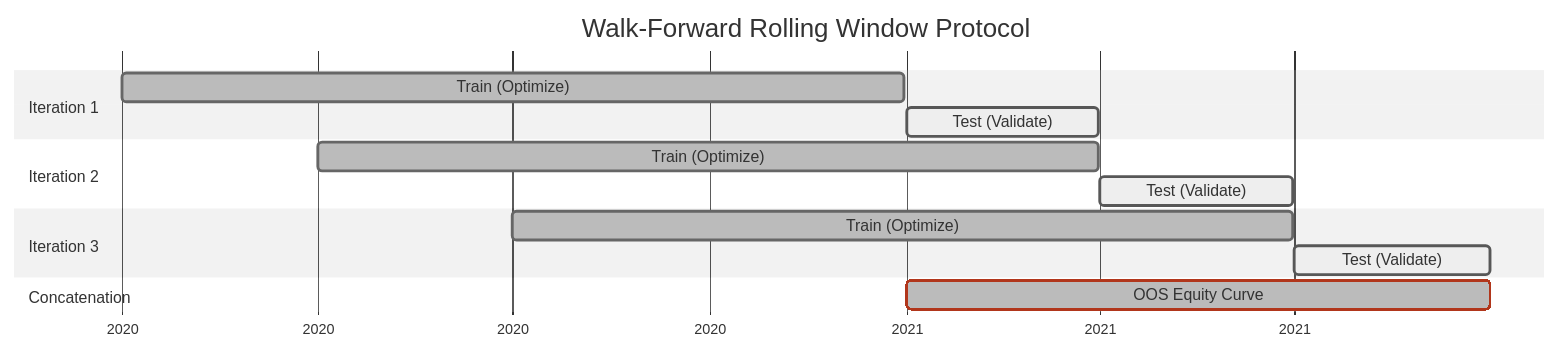
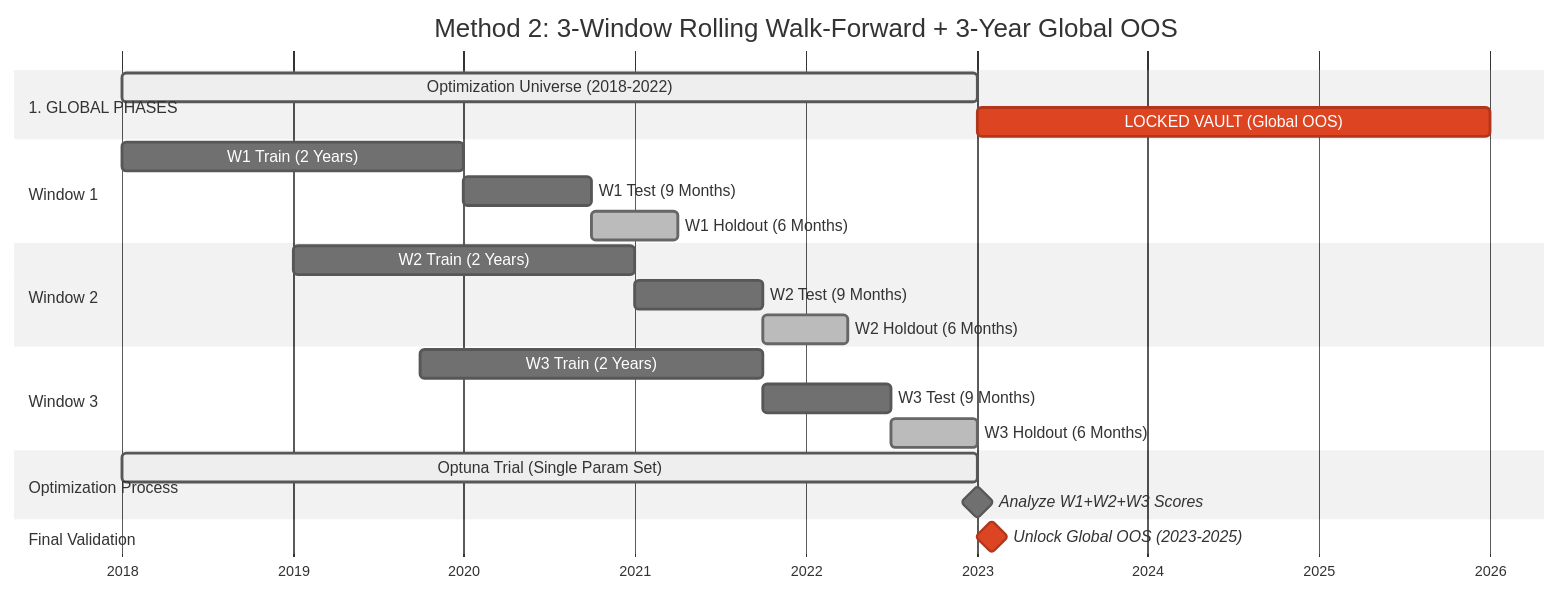
The first of 2 diagrams in docs/alpha-research/framework/walkforward-analysis.md (xxxxyyyy80008/xxxxyyyy80008.github.io), drawn with Mermaid (neutral theme) before and after one commit. The commit also changed other lines of this file and 2 other files, not shown here.

````diff
--- a/docs/alpha-research/framework/walkforward-analysis.md
+++ b/docs/alpha-research/framework/walkforward-analysis.md
@@ -35,21 +39,37 @@
 ```mermaid
 gantt
-    title Walk-Forward Rolling Window Protocol
-    dateFormat  YYYY-MM-DD
+    title Method 2: 3-Window Rolling Walk-Forward + 3-Year Global OOS
+    dateFormat  YYYY-MM
     axisFormat  %Y
     
-    section Iteration 1
-    Train (Optimize)   :done,    des1, 2020-01-01, 2020-12-31
-    Test (Validate)    :active,  des2, 2021-01-01, 2021-03-31
+    %% --- SECTIONS ---
+    section 1. GLOBAL PHASES
+    Optimization Universe (2018-2022)      :active, opt_period, 2018-01, 2023-01
+    LOCKED VAULT (Global OOS)              :crit,   oos_period, 2023-01, 2026-01
+
+    %% --- WINDOW 1 ---
+    section Window 1
+    W1 Train (2 Years)                     :a1, 2018-01, 2020-01
+    W1 Test (9 Months)                     :b1, 2020-01, 2020-10
+    W1 Holdout (6 Months)                  :done, c1, 2020-10, 2021-04
+
+    %% --- WINDOW 2 ---
+    section Window 2
+    W2 Train (2 Years)                     :a2, 2019-01, 2021-01
+    W2 Test (9 Months)                     :b2, 2021-01, 2021-10
+    W2 Holdout (6 Months)                  :done, c2, 2021-10, 2022-04
+
+    %% --- WINDOW 3 ---
+    section Window 3
+    W3 Train (2 Years)                     :a3, 2019-10, 2021-10
+    W3 Test (9 Months)                     :b3, 2021-10, 2022-07
+    W3 Holdout (6 Months)                  :done, c3, 2022-07, 2023-01
+
+    %% --- METHOD 2 EXECUTION ---
+    section Optimization Process
+    Optuna Trial (Single Param Set)        :active, 2018-01, 2023-01
+    Analyze W1+W2+W3 Scores                :milestone, 2023-01, 0d
     
-    section Iteration 2
-    Train (Optimize)   :done,    des3, 2020-04-01, 2021-03-31
-    Test (Validate)    :active,  des4, 2021-04-01, 2021-06-30
-    
-    section Iteration 3
-    Train (Optimize)   :done,    des5, 2020-07-01, 2021-06-30
-    Test (Validate)    :active,  des6, 2021-07-01, 2021-09-30
-    
-    section Concatenation
-    OOS Equity Curve   :crit,    done, 2021-01-01, 2021-09-30
+    section Final Validation
+    Unlock Global OOS (2023-2025)          :crit, milestone, 2023-02, 0d
 ```
````
